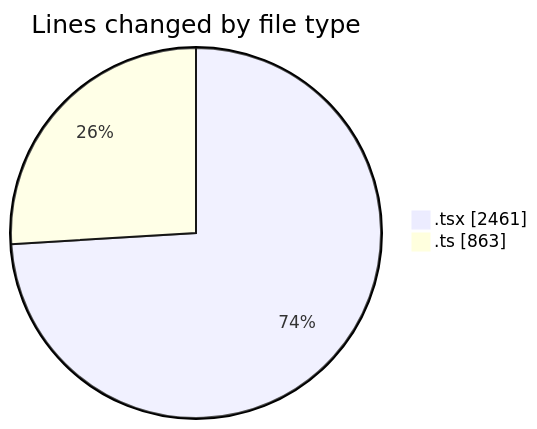
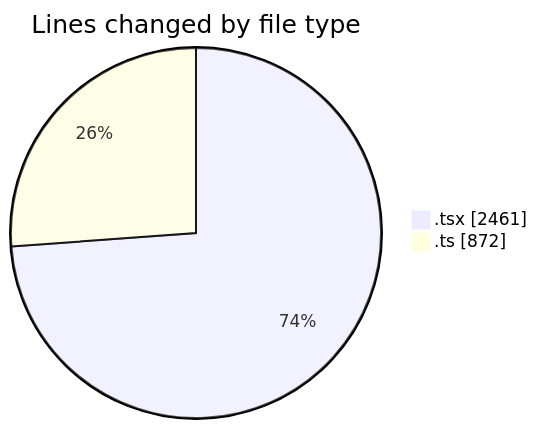
Before and after one commit to nxtqubesakshisongat/code-tracking: the first of 2 diagrams in 2026-02-19/nxtqube_webapp/README.md, drawn with Mermaid. The commit also changed other lines of this file and 1 other file, not shown here.

````diff
--- a/2026-02-19/nxtqube_webapp/README.md
+++ b/2026-02-19/nxtqube_webapp/README.md
@@ -26,6 +26,6 @@
 ```mermaid
 pie showData
 title Lines changed by file type
 ".tsx" : 2461
-".ts" : 863
+".ts" : 872
 ```
````
